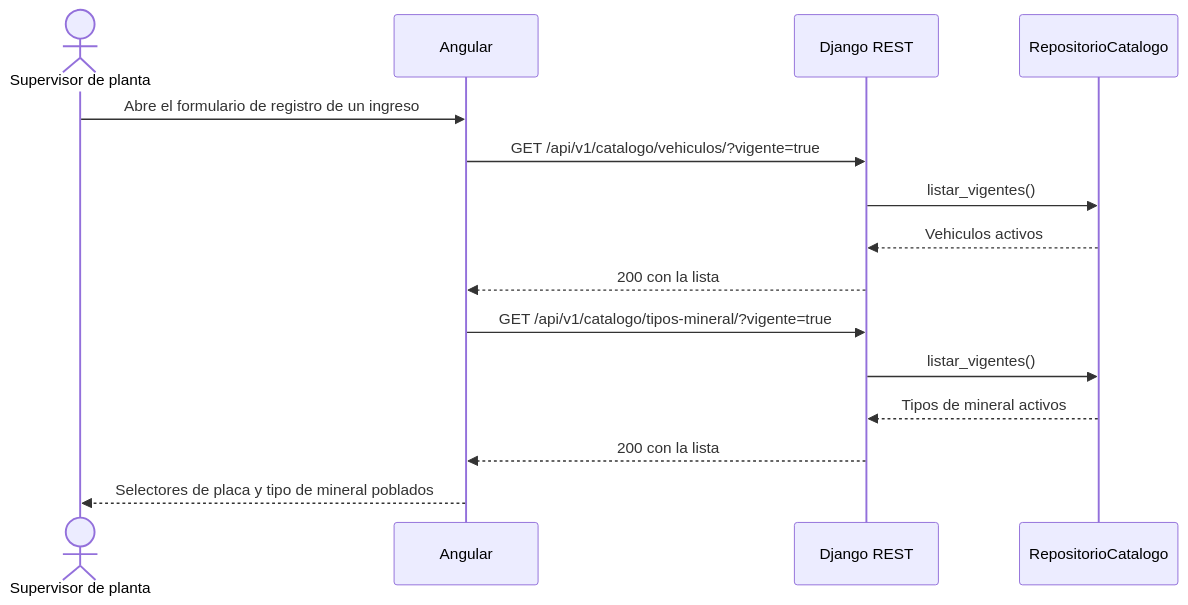
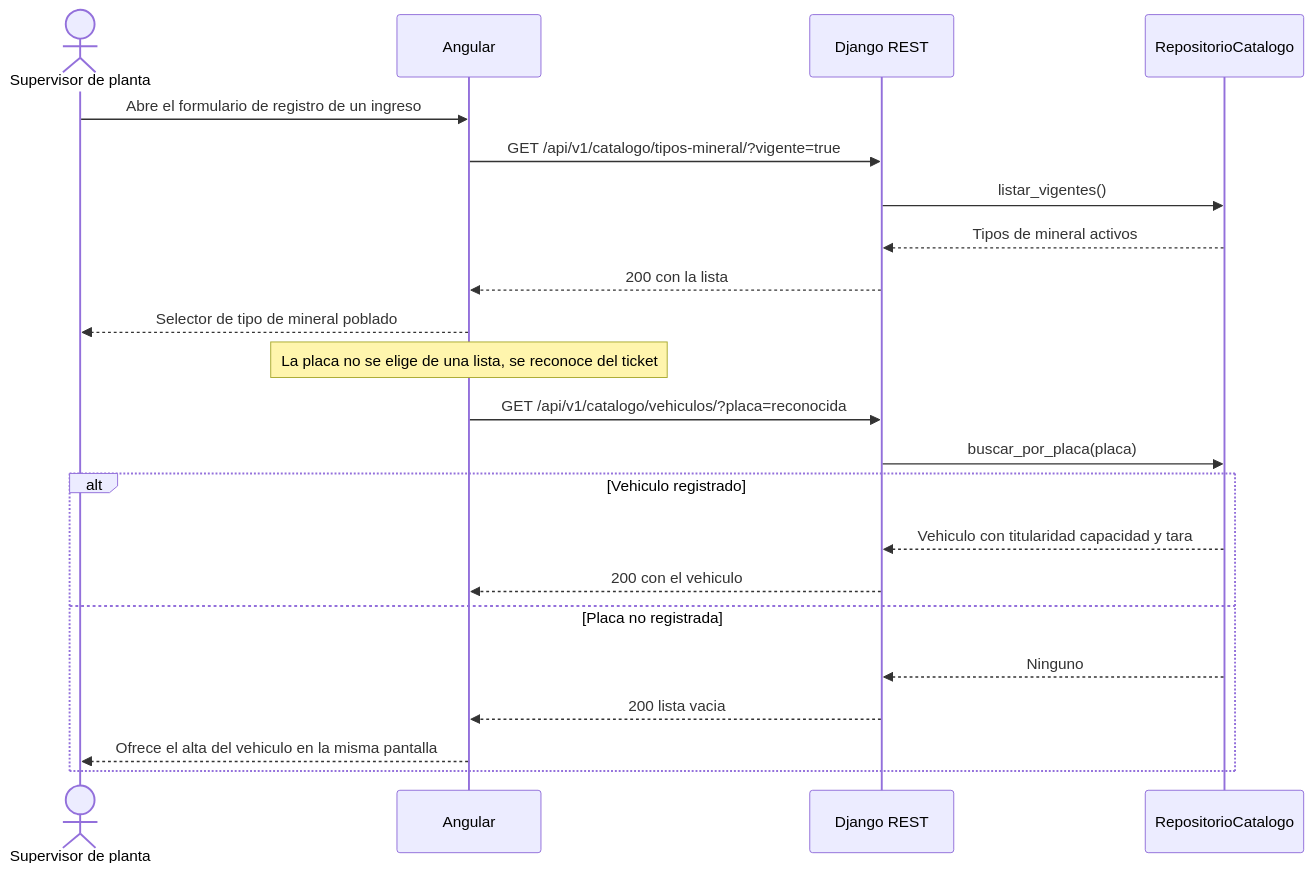
One commit to adlerOmonte1/LogisticaMinera changed the third of 4 diagrams in docs/modulos/M02-catalogo/diagramas/secuencia.md. Above: the diagram before and after it, drawn with Mermaid. The commit also changed other lines of this file and 91 other files, not shown here.

First line of the commit message:
docs(reformulacion): Aplica el formato real del ticket y el destare

````diff
--- a/docs/modulos/M02-catalogo/diagramas/secuencia.md
+++ b/docs/modulos/M02-catalogo/diagramas/secuencia.md
@@ -70,20 +70,27 @@
 ```mermaid
 sequenceDiagram
     actor S as Supervisor de planta
     participant NG as Angular
     participant API as Django REST
     participant REP as RepositorioCatalogo
 
     S->>NG: Abre el formulario de registro de un ingreso
-    NG->>API: GET /api/v1/catalogo/vehiculos/?vigente=true
-    API->>REP: listar_vigentes()
-    REP-->>API: Vehiculos activos
-    API-->>NG: 200 con la lista
-
     NG->>API: GET /api/v1/catalogo/tipos-mineral/?vigente=true
     API->>REP: listar_vigentes()
     REP-->>API: Tipos de mineral activos
     API-->>NG: 200 con la lista
 
-    NG-->>S: Selectores de placa y tipo de mineral poblados
+    NG-->>S: Selector de tipo de mineral poblado
+
+    Note over NG: La placa no se elige de una lista, se reconoce del ticket
+    NG->>API: GET /api/v1/catalogo/vehiculos/?placa=reconocida
+    API->>REP: buscar_por_placa(placa)
+    alt Vehiculo registrado
+        REP-->>API: Vehiculo con titularidad capacidad y tara
+        API-->>NG: 200 con el vehiculo
+    else Placa no registrada
+        REP-->>API: Ninguno
+        API-->>NG: 200 lista vacia
+        NG-->>S: Ofrece el alta del vehiculo en la misma pantalla
+    end
 ```
````
